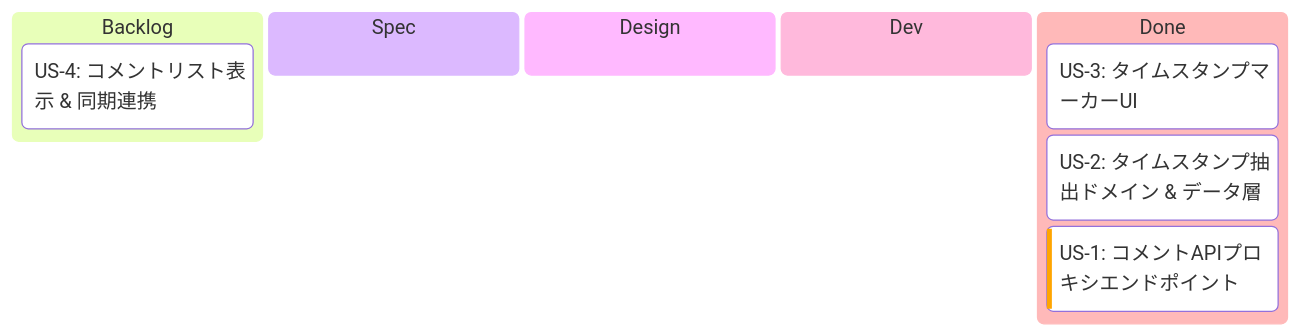
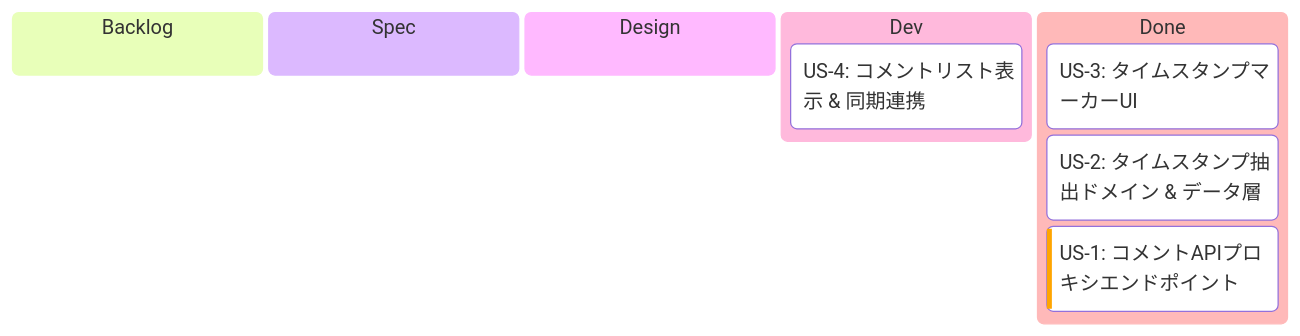
Before and after one commit to saki0000/collab-stream: the first of 2 diagrams in implement-context/comment-timestamp-sync/EPIC.md, drawn with Mermaid. The commit also changed other lines of this file and 11 other files, not shown here.

````diff
--- a/implement-context/comment-timestamp-sync/EPIC.md
+++ b/implement-context/comment-timestamp-sync/EPIC.md
@@ -30,17 +30,17 @@
 ```mermaid
 ---
 config:
   kanban:
     ticketBaseUrl: ''
 ---
 kanban
   backlog[Backlog]
-    us4[US-4: コメントリスト表示 & 同期連携]
   spec[Spec]
   design[Design]
   dev[Dev]
+    us4[US-4: コメントリスト表示 & 同期連携]
   done[Done]
     us3[US-3: タイムスタンプマーカーUI]
     us2[US-2: タイムスタンプ抽出ドメイン & データ層]
     us1[US-1: コメントAPIプロキシエンドポイント]@{ priority: 'High' }
 ```
````
